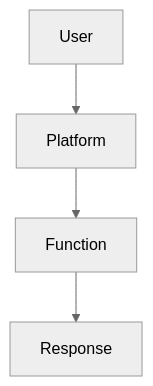
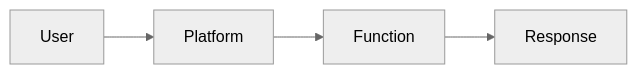
The fourth of 12 diagrams in content/articles/capitulo-1.md (AlexJYad/F5-web-knowledge), drawn with Mermaid (neutral theme) before and after one commit. The commit also changed other lines of this file, not shown here.

Commit message:
fix: md 1.1 mermaid SPA/SSR/SSG

````diff
--- a/content/articles/capitulo-1.md
+++ b/content/articles/capitulo-1.md
@@ -175,6 +175,6 @@
 ```mermaid
-graph TD
+flowchart LR
    User --> Platform
    Platform --> Function
    Function --> Response
 ```
````
